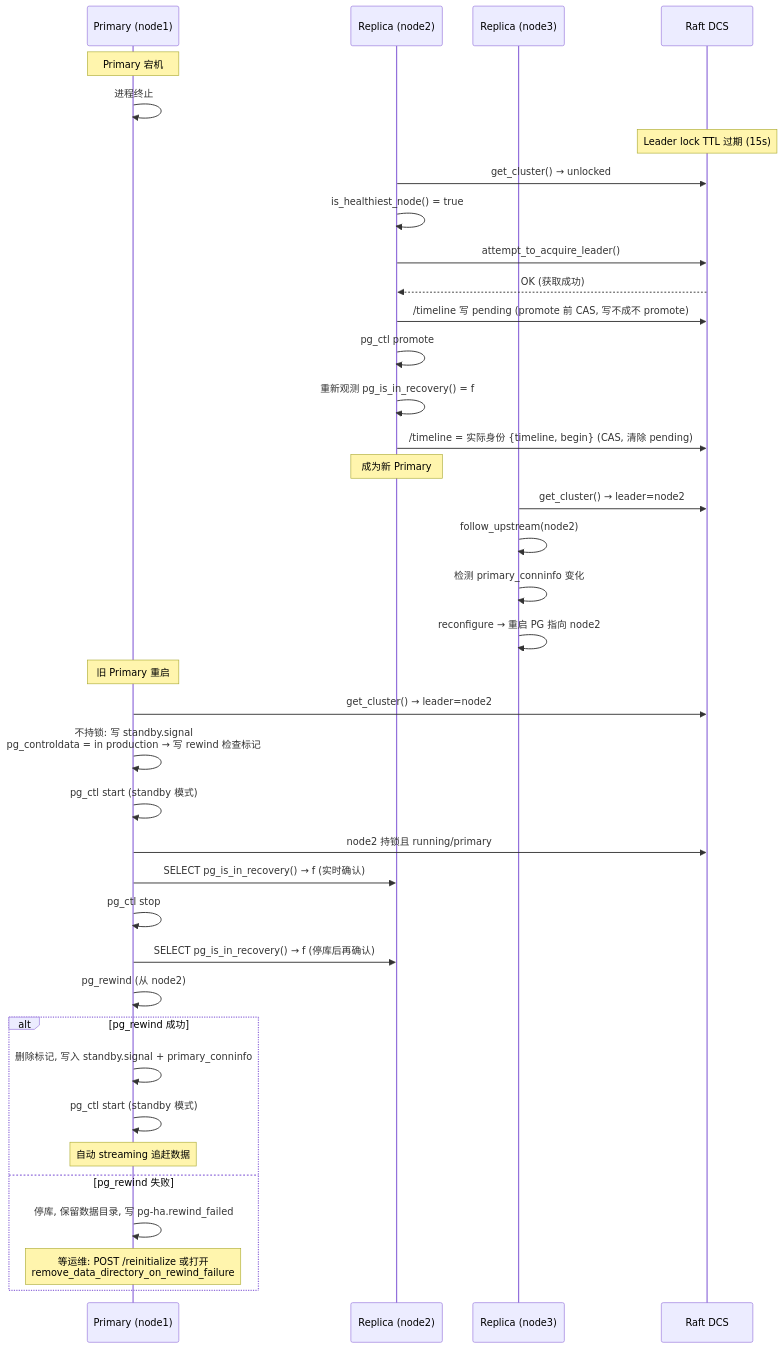
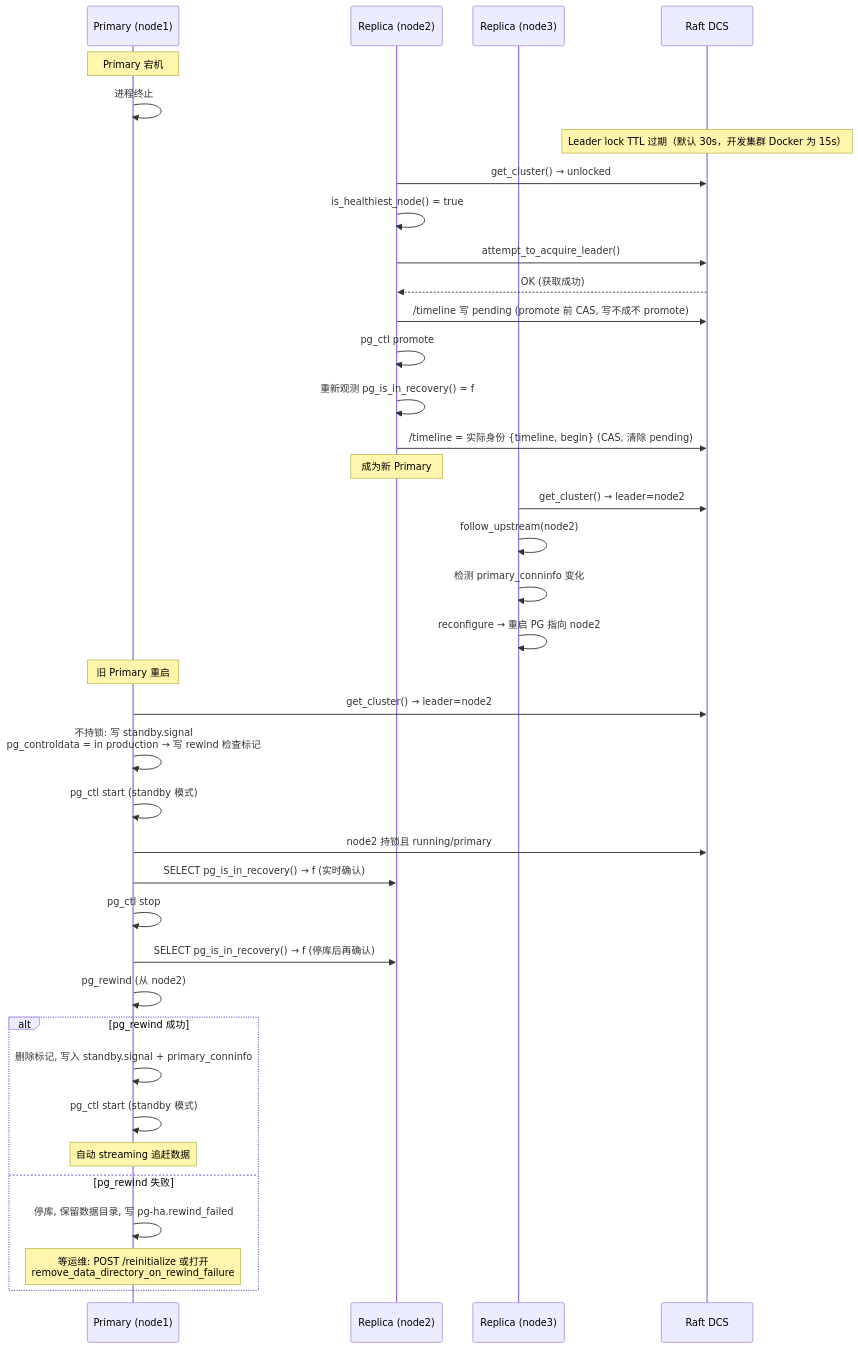
One commit to seraphico/pg-ha changed the fourth of 11 diagrams in docs/pg-ha-architecture.md. Above: the diagram before and after it, drawn with Mermaid. The commit also changed other lines of this file and 11 other files, not shown here.

````diff
--- a/docs/pg-ha-architecture.md
+++ b/docs/pg-ha-architecture.md
@@ -84,44 +86,44 @@
 ```mermaid
 sequenceDiagram
     participant P as Primary (node1)
     participant R1 as Replica (node2)
     participant R2 as Replica (node3)
     participant DCS as Raft DCS
 
     Note over P: Primary 宕机
     P->>P: 进程终止
 
-    Note over DCS: Leader lock TTL 过期 (15s)
+    Note over DCS: Leader lock TTL 过期（默认 30s，开发集群 Docker 为 15s）
     R1->>DCS: get_cluster() → unlocked
     R1->>R1: is_healthiest_node() = true
     R1->>DCS: attempt_to_acquire_leader()
     DCS-->>R1: OK (获取成功)
     R1->>DCS: /timeline 写 pending (promote 前 CAS, 写不成不 promote)
     R1->>R1: pg_ctl promote
     R1->>R1: 重新观测 pg_is_in_recovery() = f
     R1->>DCS: /timeline = 实际身份 {timeline, begin} (CAS, 清除 pending)
     Note over R1: 成为新 Primary
 
     R2->>DCS: get_cluster() → leader=node2
     R2->>R2: follow_upstream(node2)
     R2->>R2: 检测 primary_conninfo 变化
     R2->>R2: reconfigure → 重启 PG 指向 node2
 
     Note over P: 旧 Primary 重启
     P->>DCS: get_cluster() → leader=node2
     P->>P: 不持锁: 写 standby.signal<br/>pg_controldata = in production → 写 rewind 检查标记
     P->>P: pg_ctl start (standby 模式)
     P->>DCS: node2 持锁且 running/primary
     P->>R1: SELECT pg_is_in_recovery() → f (实时确认)
     P->>P: pg_ctl stop
     P->>R1: SELECT pg_is_in_recovery() → f (停库后再确认)
     P->>P: pg_rewind (从 node2)
     alt pg_rewind 成功
         P->>P: 删除标记, 写入 standby.signal + primary_conninfo
         P->>P: pg_ctl start (standby 模式)
         Note over P: 自动 streaming 追赶数据
     else pg_rewind 失败
         P->>P: 停库, 保留数据目录, 写 pg-ha.rewind_failed
         Note over P: 等运维: POST /reinitialize 或打开<br/>remove_data_directory_on_rewind_failure
     end
 ```
````
